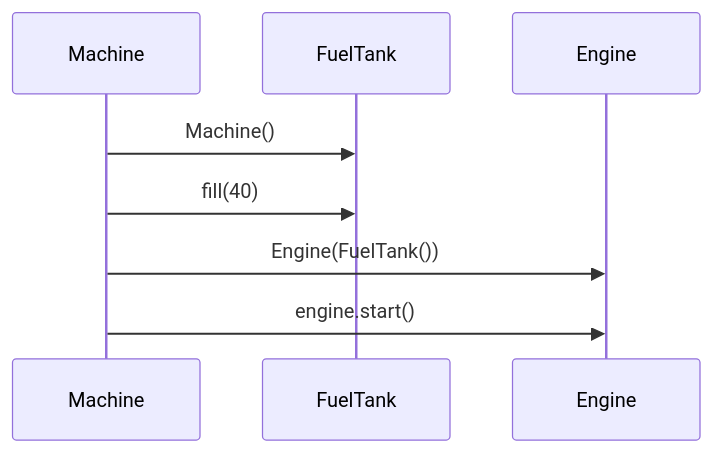
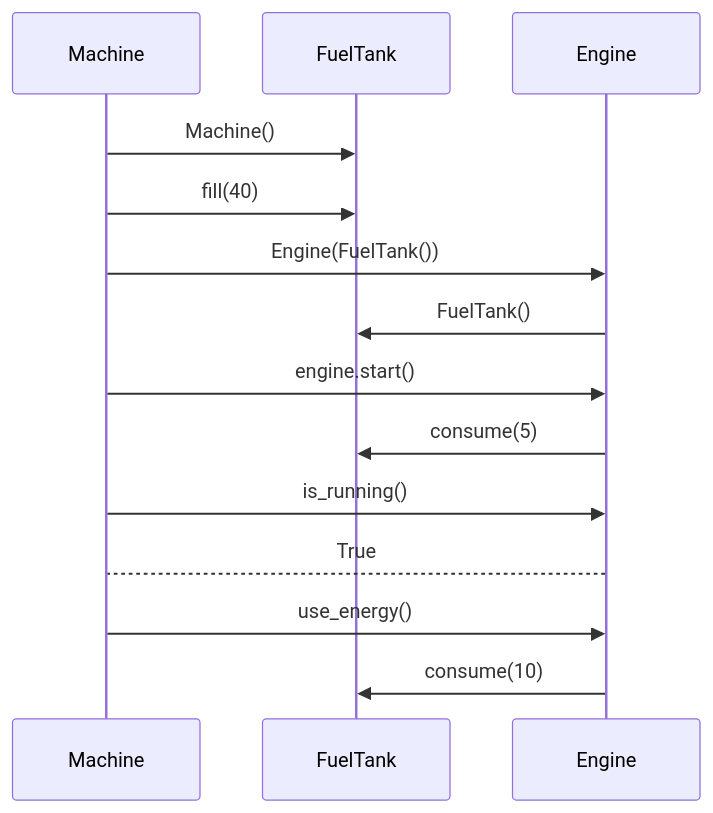
One commit to Heljae/ot-harjoitustyo changed the diagram in laskarit/viikko3/bensatankki_kaavio.md. Above: the diagram before and after it, drawn with Mermaid.

````diff
--- a/laskarit/viikko3/bensatankki_kaavio.md
+++ b/laskarit/viikko3/bensatankki_kaavio.md
@@ -3,7 +3,13 @@
 ```mermaid
 sequenceDiagram
     Machine->>FuelTank: Machine()
     Machine->>FuelTank: fill(40)
     Machine->>Engine: Engine(FuelTank())
+    Engine->>FuelTank: FuelTank()
     Machine->>Engine: engine.start()
+    Engine->>FuelTank: consume(5)
+    Machine->>Engine: is_running()
+    Engine-->Machine: True
+    Machine->>Engine: use_energy()
+    Engine->>FuelTank: consume(10)
 ```
````
